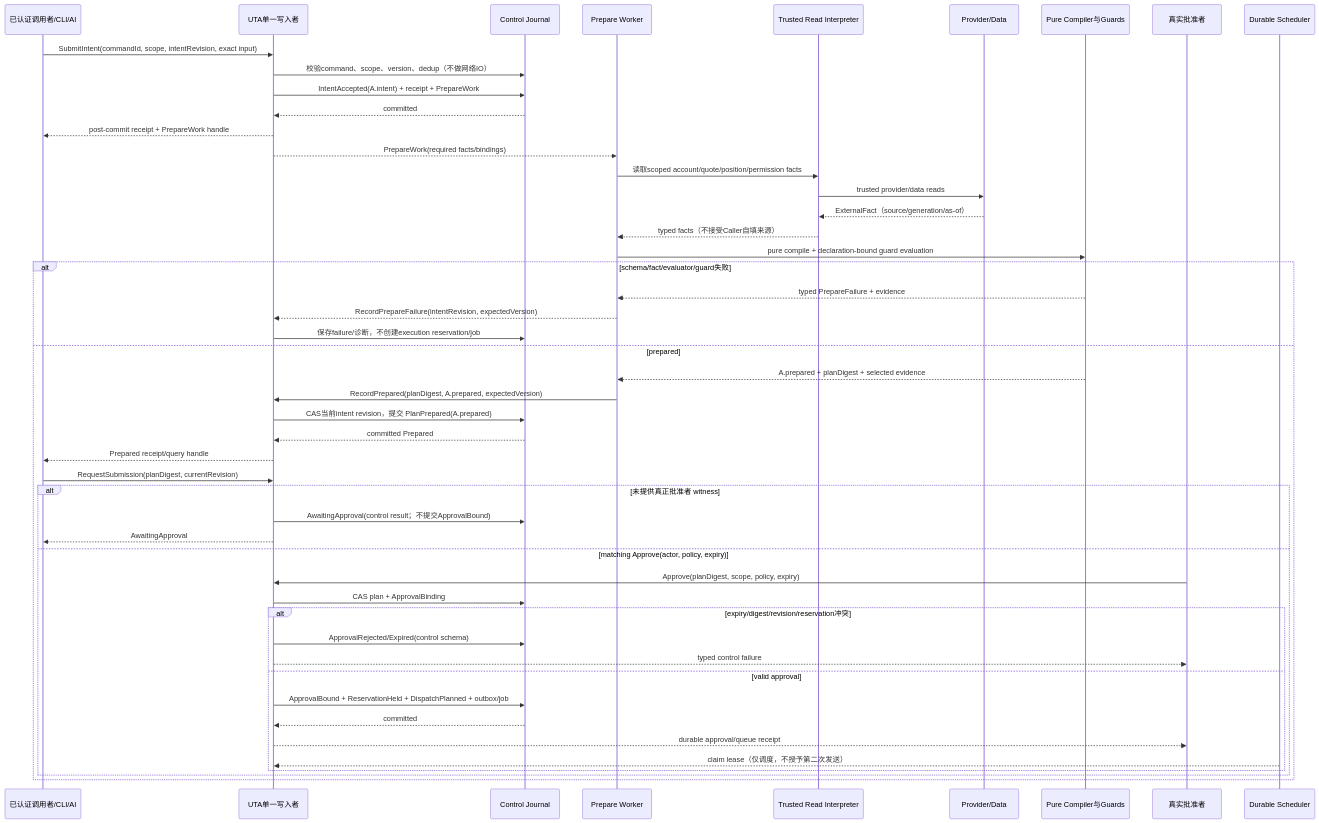
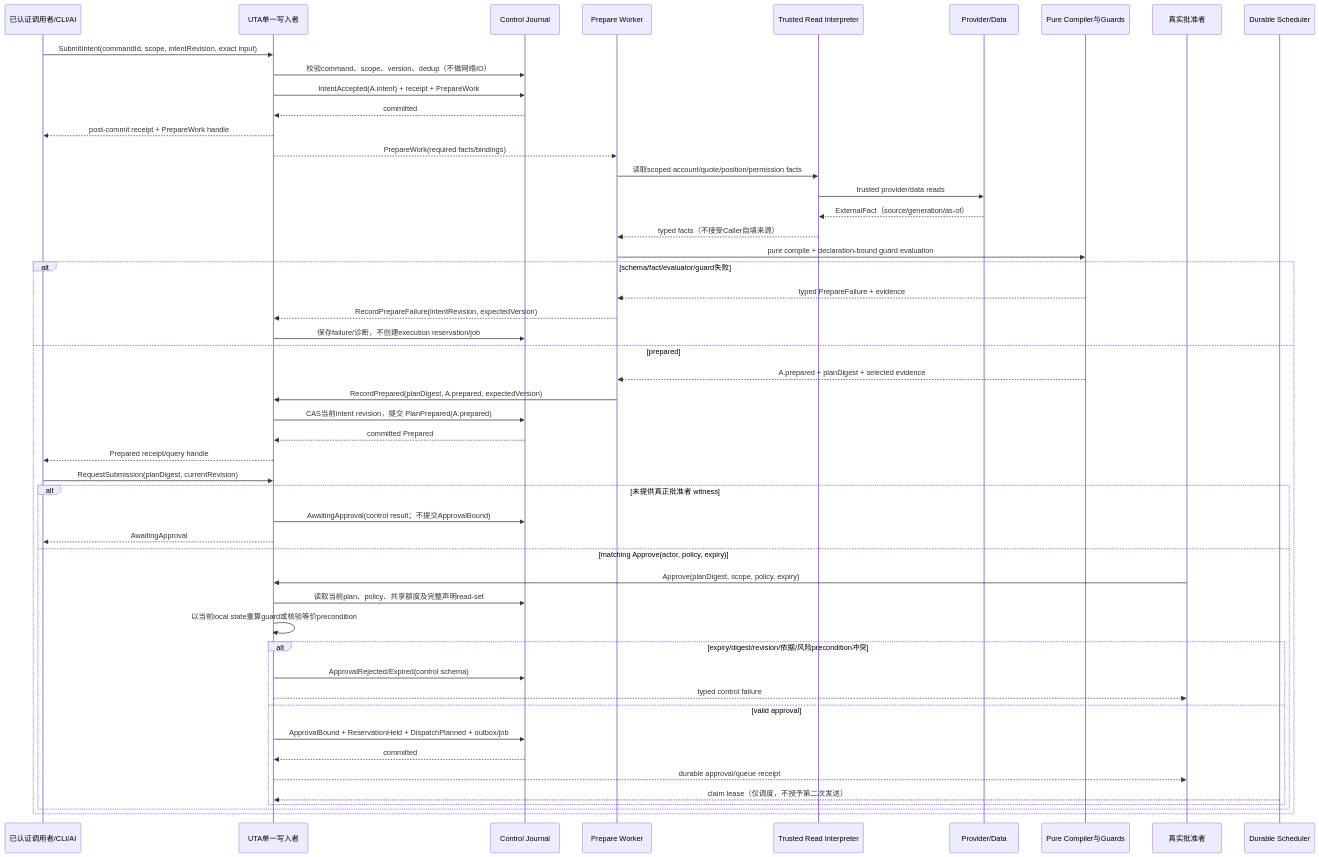
The seventh of 15 diagrams in docs/uta-capability-runtime-design/event-flows.md (mouriya-s-lab/OpenAlice), drawn with Mermaid before and after one commit. The commit also changed other lines of this file and 10 other files, not shown here.

````diff
--- a/docs/uta-capability-runtime-design/event-flows.md
+++ b/docs/uta-capability-runtime-design/event-flows.md
@@ -718,52 +744,53 @@
 ```mermaid
 sequenceDiagram
   participant Caller as 已认证调用者/CLI/AI
   participant Writer as UTA单一写入者
   participant Store as Control Journal
   participant Prepare as Prepare Worker
   participant Reader as Trusted Read Interpreter
   participant Provider as Provider/Data
   participant Compiler as Pure Compiler与Guards
   participant Approver as 真实批准者
   participant Scheduler as Durable Scheduler
 
   Caller->>Writer: SubmitIntent(commandId, scope, intentRevision, exact input)
   Writer->>Store: 校验command、scope、version、dedup（不做网络IO）
   Writer->>Store: IntentAccepted(A.intent) + receipt + PrepareWork
   Store-->>Writer: committed
   Writer-->>Caller: post-commit receipt + PrepareWork handle
   Writer-->>Prepare: PrepareWork(required facts/bindings)
   Prepare->>Reader: 读取scoped account/quote/position/permission facts
   Reader->>Provider: trusted provider/data reads
   Provider-->>Reader: ExternalFact（source/generation/as-of）
   Reader-->>Prepare: typed facts（不接受Caller自填来源）
   Prepare->>Compiler: pure compile + declaration-bound guard evaluation
   alt schema/fact/evaluator/guard失败
     Compiler-->>Prepare: typed PrepareFailure + evidence
     Prepare-->>Writer: RecordPrepareFailure(intentRevision, expectedVersion)
     Writer->>Store: 保存failure/诊断，不创建execution reservation/job
   else prepared
     Compiler-->>Prepare: A.prepared + planDigest + selected evidence
     Prepare->>Writer: RecordPrepared(planDigest, A.prepared, expectedVersion)
     Writer->>Store: CAS当前intent revision，提交 PlanPrepared(A.prepared)
     Store-->>Writer: committed Prepared
     Writer-->>Caller: Prepared receipt/query handle
     Caller->>Writer: RequestSubmission(planDigest, currentRevision)
     alt 未提供真正批准者 witness
       Writer->>Store: AwaitingApproval(control result；不提交ApprovalBound)
       Writer-->>Caller: AwaitingApproval
     else matching Approve(actor, policy, expiry)
       Approver->>Writer: Approve(planDigest, scope, policy, expiry)
-      Writer->>Store: CAS plan + ApprovalBinding
-      alt expiry/digest/revision/reservation冲突
+      Writer->>Store: 读取当前plan、policy、共享额度及完整声明read-set
+      Writer->>Writer: 以当前local state重算guard或核验等价precondition
+      alt expiry/digest/revision/依据/风险precondition冲突
         Writer->>Store: ApprovalRejected/Expired(control schema)
         Writer-->>Approver: typed control failure
       else valid approval
         Writer->>Store: ApprovalBound + ReservationHeld + DispatchPlanned + outbox/job
         Store-->>Writer: committed
         Writer-->>Approver: durable approval/queue receipt
         Scheduler-->>Writer: claim lease（仅调度，不授予第二次发送）
       end
     end
   end
 ```
````
